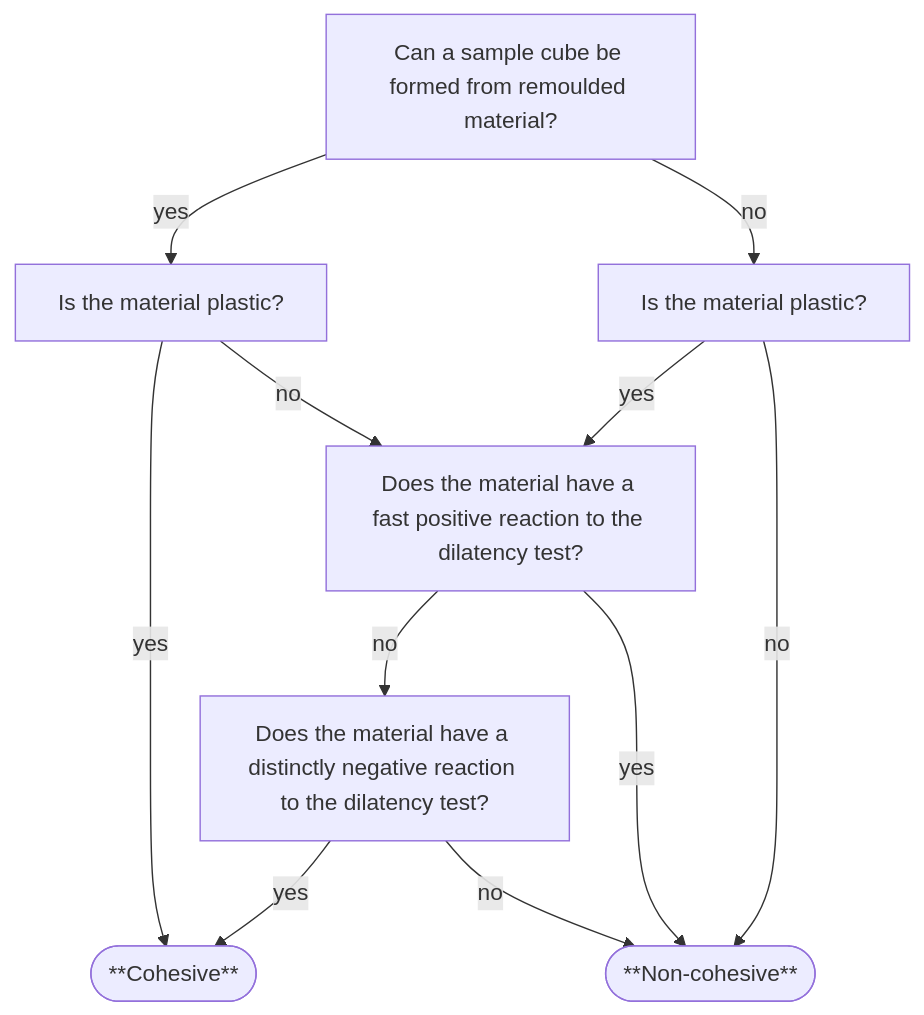
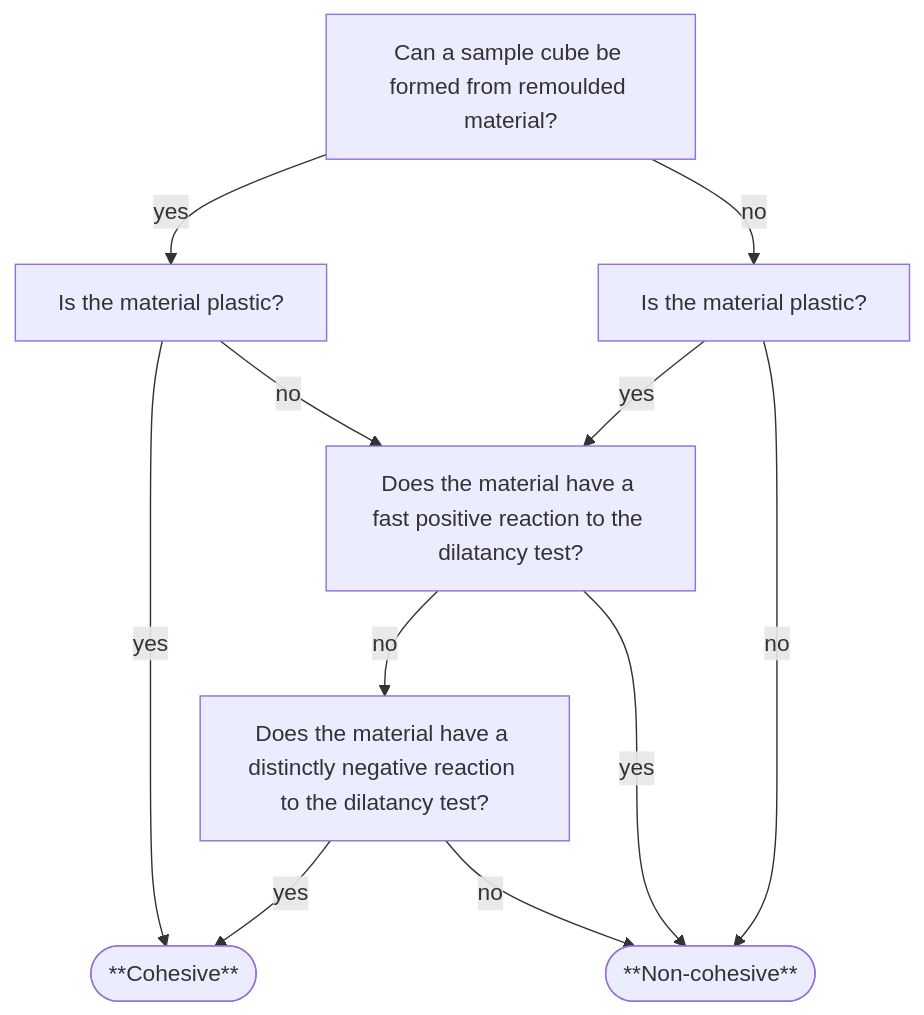
One commit to manaakiwhenua/NZ_soildesc_2024 changed the diagram in hr_05_physical_properties.qmd. Above: the diagram before and after it, drawn with Mermaid. The commit also changed other lines of this file and 3 other files, not shown here.

````diff
--- a/hr_05_physical_properties.qmd
+++ b/hr_05_physical_properties.qmd
@@ -39,17 +39,17 @@
 ```{mermaid}
 %%| label: fig-cn-cohes
 %%| fig-cap: Determining sample cohesion
 
 flowchart TD
   q1["Can a sample cube be formed from remoulded material?"] -->|yes| q2["Is the material plastic?"]
   q2 ---->|yes| a1(["**Cohesive**"])
   q1 -->|no| q3["Is the material plastic?"]
   q3 -->|yes| q4
-  q2 -->|no| q4["Does the material have a fast positive reaction to the dilatency test?"]
-  q4 -->|no| q5["Does the material have a distinctly negative reaction to the dilatency test?"]
+  q2 -->|no| q4["Does the material have a fast positive reaction to the dilatancy test?"]
+  q4 -->|no| q5["Does the material have a distinctly negative reaction to the dilatancy test?"]
   q4 --->|yes| a2
   q3 ---->|no| a2(["**Non-cohesive**"])
   q5 -->|yes| a1
   q5 -->|no| a2
 
 ```
````
